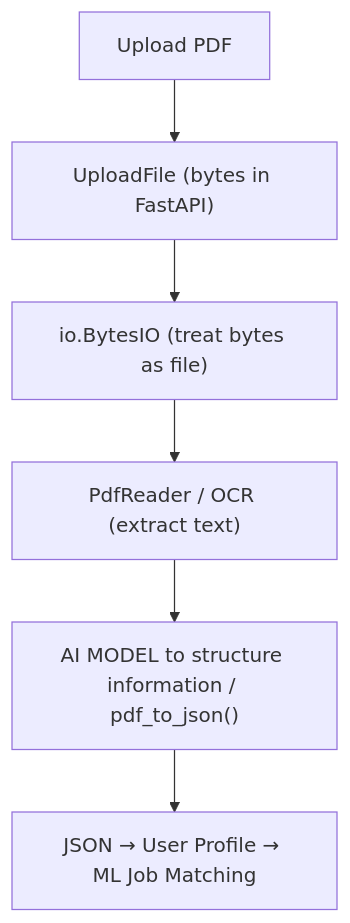
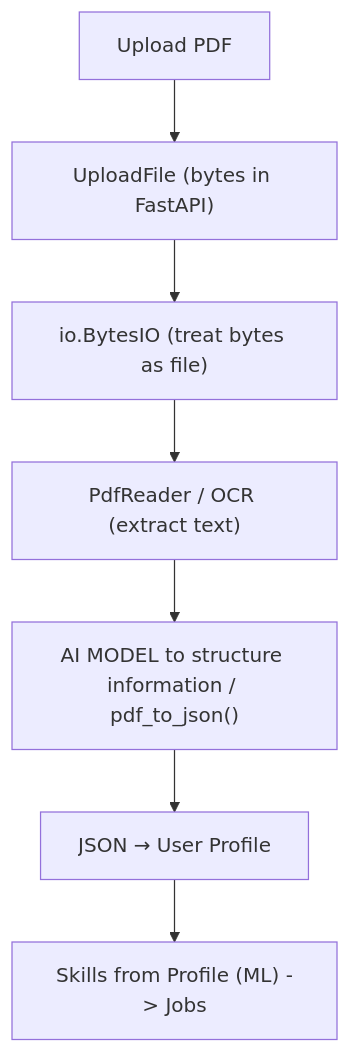
One commit to 16A9DA/Job-Finder changed the diagram in README.MD. Above: the diagram before and after it, drawn with Mermaid. The commit also changed other lines of this file and 1 other file, not shown here.

````diff
--- a/README.MD
+++ b/README.MD
@@ -25,8 +23,9 @@
 ```mermaid
 flowchart TD
     A["Upload PDF"] --> B["UploadFile (bytes in FastAPI)"]
     B --> C["io.BytesIO (treat bytes as file)"]
     C --> D["PdfReader / OCR (extract text)"]
     D --> E["AI MODEL to structure information / pdf_to_json()"]
-    E --> F["JSON → User Profile → ML Job Matching"]
+    E --> F["JSON → User Profile "]
+    F --> G["Skills from Profile (ML) -> Jobs"]
 ```
````
